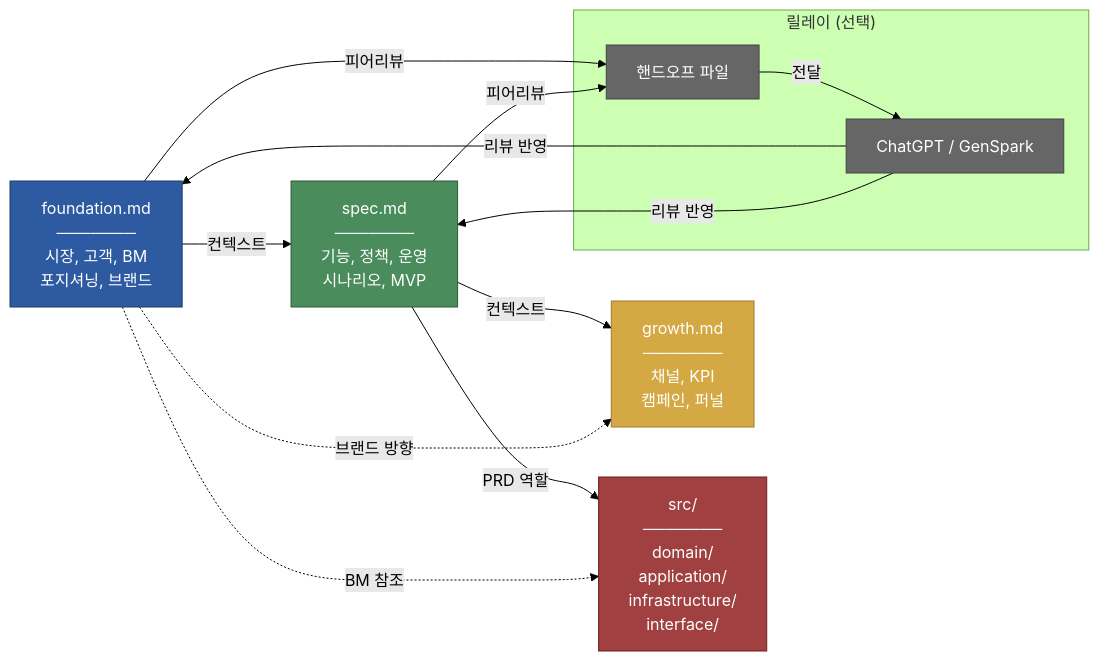
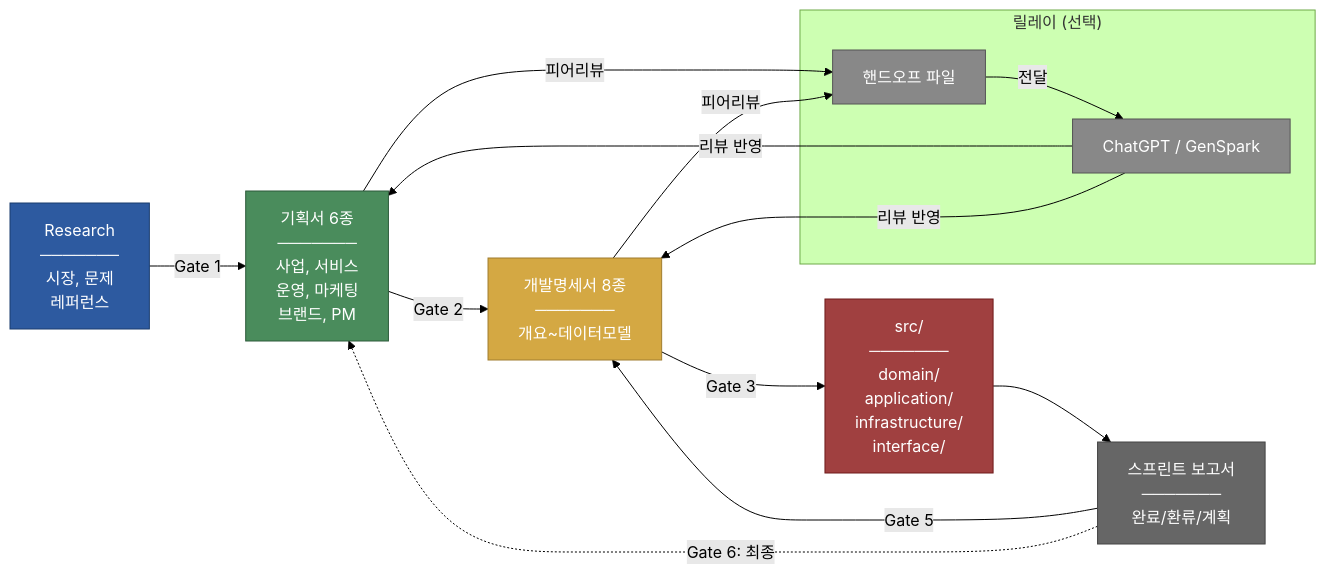
The fifth of 6 diagrams in DIAGRAM.md (YunJuniverse/ai-pipeline-methodology), drawn with Mermaid (forest theme) before and after one commit. The commit also changed other lines of this file and 25 other files, not shown here.

First line of the commit message:
refactor: 기획서 6종/개발명세서 8종 분리 및 인간 승인 게이트 체계 도입

````diff
--- a/DIAGRAM.md
+++ b/DIAGRAM.md
@@ -123,32 +213,35 @@
 ```mermaid
 flowchart LR
-    F["foundation.md<br/>───────<br/>시장, 고객, BM<br/>포지셔닝, 브랜드"]
-    SP["spec.md<br/>───────<br/>기능, 정책, 운영<br/>시나리오, MVP"]
-    G["growth.md<br/>───────<br/>채널, KPI<br/>캠페인, 퍼널"]
+    R["Research<br/>───────<br/>시장, 문제<br/>레퍼런스"]
+    P["기획서 6종<br/>───────<br/>사업, 서비스<br/>운영, 마케팅<br/>브랜드, PM"]
+    D["개발명세서 8종<br/>───────<br/>개요~데이터모델"]
     CODE["src/<br/>───────<br/>domain/<br/>application/<br/>infrastructure/<br/>interface/"]
+    RPT["스프린트 보고서<br/>───────<br/>완료/환류/계획"]
 
-    F -->|"컨텍스트"| SP
-    SP -->|"컨텍스트"| G
-    SP -->|"PRD 역할"| CODE
+    R -->|"Gate 1"| P
+    P -->|"Gate 2"| D
+    D -->|"Gate 3"| CODE
+    CODE --> RPT
+    RPT -->|"Gate 5"| D
 
-    F -.->|"브랜드 방향"| G
-    F -.->|"BM 참조"| CODE
+    RPT -.->|"Gate 6: 최종"| P
 
     subgraph HANDOFF["릴레이 (선택)"]
         HF["핸드오프 파일"]
         OTHER["ChatGPT / GenSpark"]
     end
 
-    F -->|"피어리뷰"| HF
-    SP -->|"피어리뷰"| HF
+    P -->|"피어리뷰"| HF
+    D -->|"피어리뷰"| HF
     HF -->|"전달"| OTHER
-    OTHER -->|"리뷰 반영"| F
-    OTHER -->|"리뷰 반영"| SP
+    OTHER -->|"리뷰 반영"| P
+    OTHER -->|"리뷰 반영"| D
 
-    style F fill:#2d5aa0,stroke:#1a3d6e,color:#fff
-    style SP fill:#4a8c5c,stroke:#2d5a3a,color:#fff
-    style G fill:#d4a843,stroke:#a07d2e,color:#fff
+    style R fill:#2d5aa0,stroke:#1a3d6e,color:#fff
+    style P fill:#4a8c5c,stroke:#2d5a3a,color:#fff
+    style D fill:#d4a843,stroke:#a07d2e,color:#fff
     style CODE fill:#a04040,stroke:#6e1a1a,color:#fff
-    style HF fill:#666,stroke:#444,color:#fff
-    style OTHER fill:#666,stroke:#444,color:#fff
+    style RPT fill:#666,stroke:#444,color:#fff
+    style HF fill:#888,stroke:#555,color:#fff
+    style OTHER fill:#888,stroke:#555,color:#fff
 ```
````
